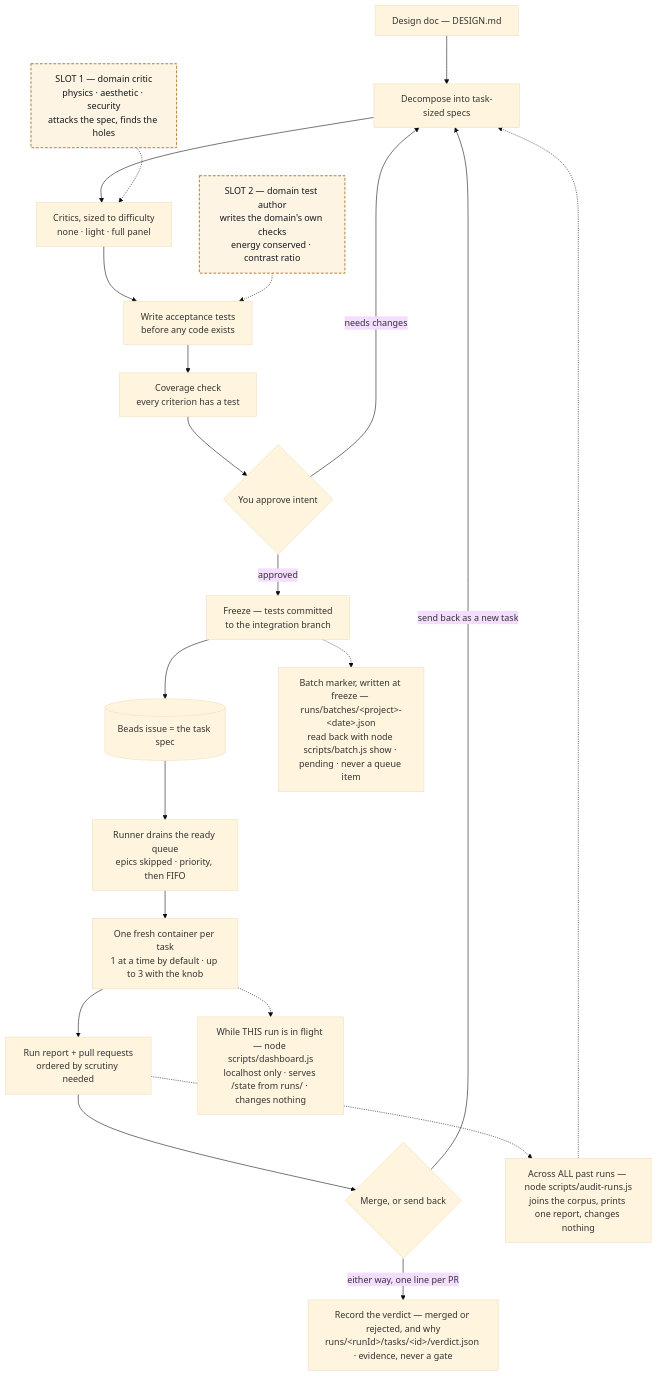
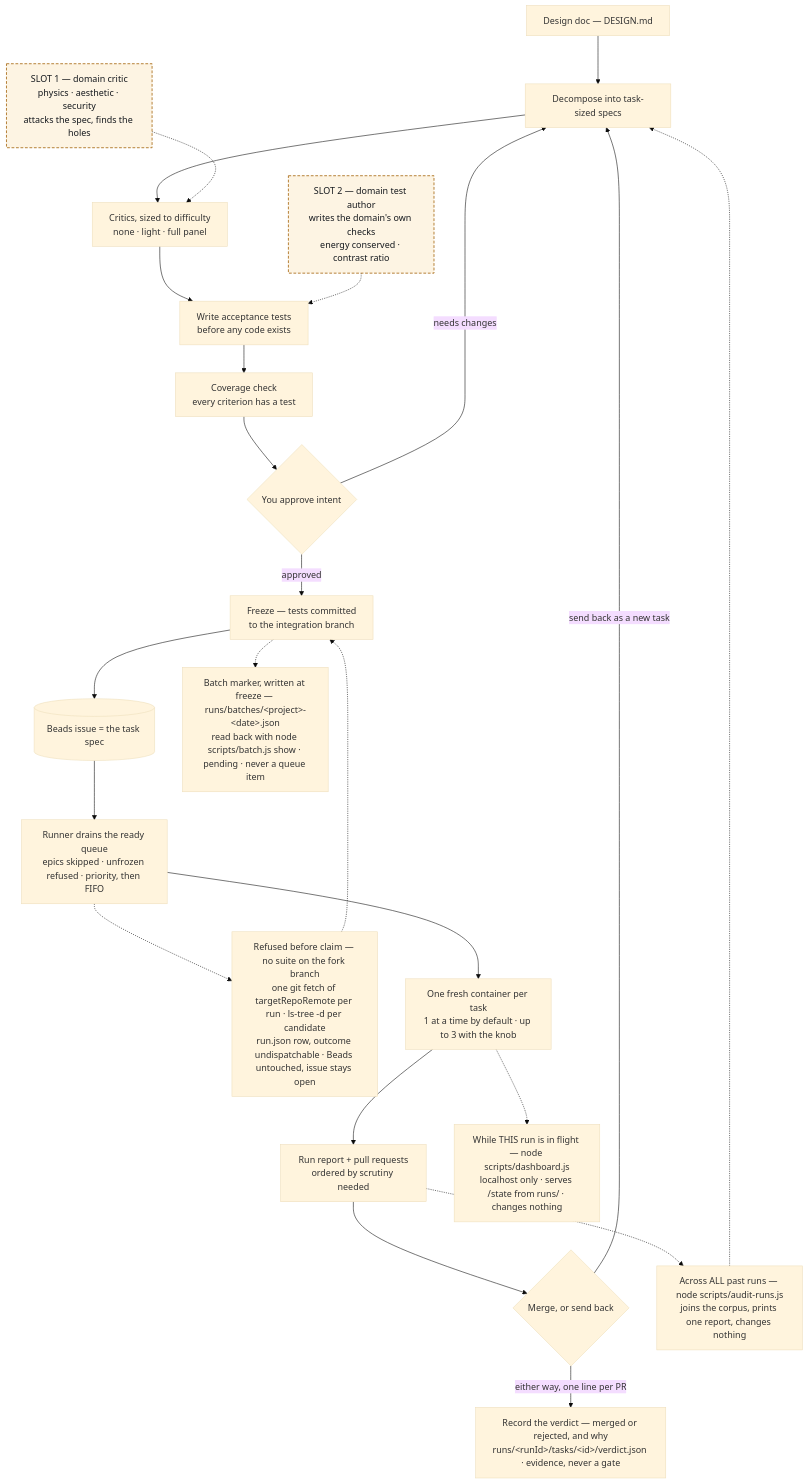
One commit to Chadleewalker/Multi-AgentPipelines changed the first of 5 diagrams in docs/pipeline-diagram.md. Above: the diagram before and after it, drawn with Mermaid (base theme). The commit also changed other lines of this file and 12 other files, not shown here.

````diff
--- a/docs/pipeline-diagram.md
+++ b/docs/pipeline-diagram.md
@@ -14,26 +14,28 @@
 ```mermaid
 flowchart TB
   A["Design doc — DESIGN.md"] --> B["Decompose into task-sized specs"]
   B --> C["Critics, sized to difficulty<br/>none · light · full panel"]
   SP1["SLOT 1 — domain critic<br/>physics · aesthetic · security<br/>attacks the spec, finds the holes"] -.-> C
   C --> D["Write acceptance tests<br/>before any code exists"]
   SP2["SLOT 2 — domain test author<br/>writes the domain's own checks<br/>energy conserved · contrast ratio"] -.-> D
   D --> E["Coverage check<br/>every criterion has a test"]
   E --> F{"You approve intent"}
   F -->|"needs changes"| B
   F -->|"approved"| G["Freeze — tests committed<br/>to the integration branch"]
   G --> H[("Beads issue = the task spec")]
   G -.-> BM["Batch marker, written at freeze — runs/batches/&lt;project&gt;-&lt;date&gt;.json<br/>read back with node scripts/batch.js show · pending · never a queue item"]
-  H --> I["Runner drains the ready queue<br/>epics skipped · priority, then FIFO"]
+  H --> I["Runner drains the ready queue<br/>epics skipped · unfrozen refused · priority, then FIFO"]
+  I -.-> UD["Refused before claim — no suite on the fork branch<br/>one git fetch of targetRepoRemote per run · ls-tree -d per candidate<br/>run.json row, outcome undispatchable · Beads untouched, issue stays open"]
+  UD -.-> G
   I --> J["One fresh container per task<br/>1 at a time by default · up to 3 with the knob"]
   J --> K["Run report + pull requests<br/>ordered by scrutiny needed"]
   K --> L{"Merge, or send back"}
   L -->|"send back as a new task"| B
   L -->|"either way, one line per PR"| VD["Record the verdict — merged or rejected, and why<br/>runs/&lt;runId&gt;/tasks/&lt;id&gt;/verdict.json · evidence, never a gate"]
   K -.-> AUD["Across ALL past runs — node scripts/audit-runs.js<br/>joins the corpus, prints one report, changes nothing"]
   AUD -.-> B
   J -.-> DASH["While THIS run is in flight — node scripts/dashboard.js<br/>localhost only · serves /state from runs/ · changes nothing"]
 
   classDef specialist fill:#fdf4e3,stroke:#a86c17,stroke-width:1.5px,stroke-dasharray:5 3,color:#14181d
   class SP1,SP2 specialist
 ```
````
